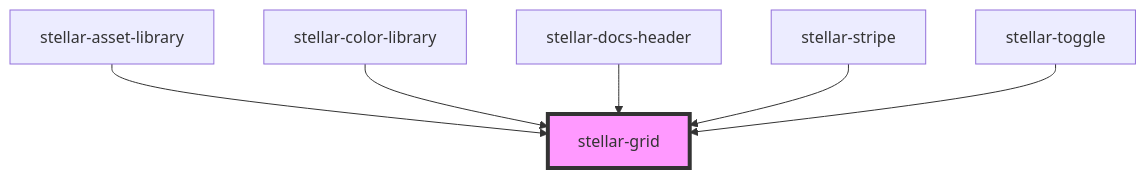
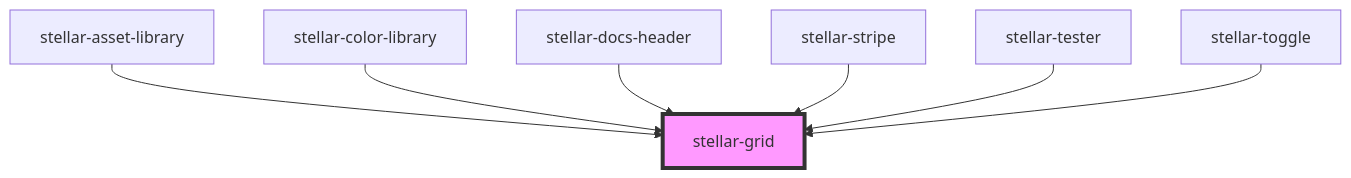
The diagram in src/components/ui/grid/readme.md (splitinfinities/Stellar), drawn with Mermaid before and after one commit. The commit also changed other lines of this file and 11 other files, not shown here.

````diff
--- a/src/components/ui/grid/readme.md
+++ b/src/components/ui/grid/readme.md
@@ -68,9 +69,10 @@
 ```mermaid
 graph TD;
   stellar-asset-library --> stellar-grid
   stellar-color-library --> stellar-grid
   stellar-docs-header --> stellar-grid
   stellar-stripe --> stellar-grid
+  stellar-tester --> stellar-grid
   stellar-toggle --> stellar-grid
   style stellar-grid fill:#f9f,stroke:#333,stroke-width:4px
 ```
````
